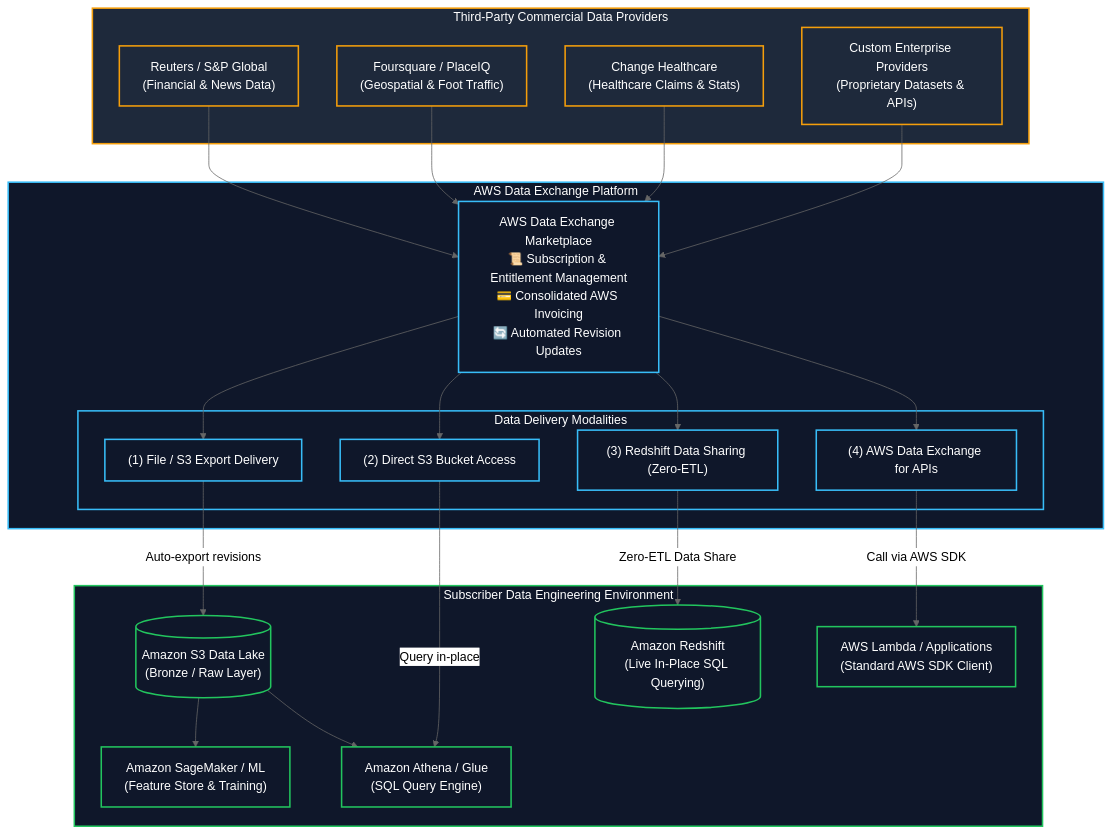
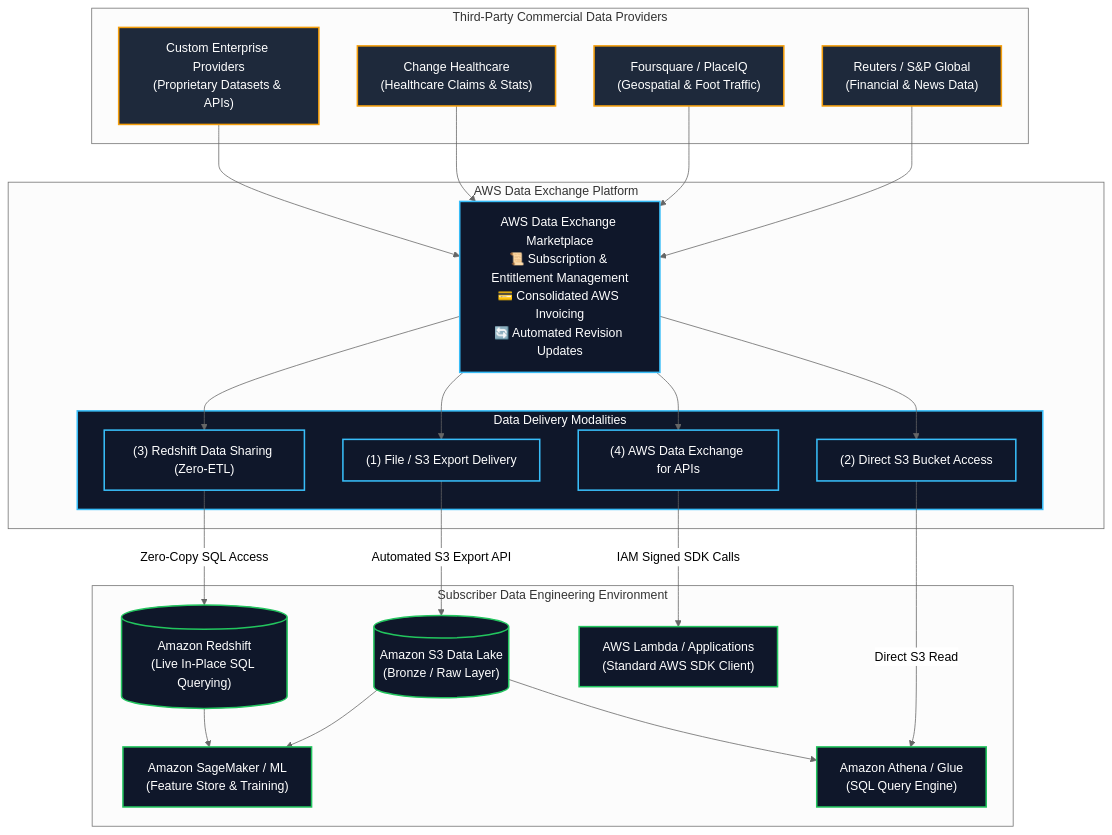
The first of 3 diagrams in content/mm/02-services/migration/data-exchange.md (Wathon/aws-dea-c01-note), drawn with Mermaid (neutral theme) before and after one commit. The commit also changed other lines of this file and 41 other files, not shown here.

````diff
--- a/content/mm/02-services/migration/data-exchange.md
+++ b/content/mm/02-services/migration/data-exchange.md
@@ -30,54 +37,55 @@
 ```mermaid
 graph TB
     subgraph DataProviders["Third-Party Commercial Data Providers"]
         Reuters["Reuters / S&P Global<br/>(Financial & News Data)"]
         Foursquare["Foursquare / PlaceIQ<br/>(Geospatial & Foot Traffic)"]
         Healthcare["Change Healthcare<br/>(Healthcare Claims & Stats)"]
         CustomProvider["Custom Enterprise Providers<br/>(Proprietary Datasets & APIs)"]
     end
 
     subgraph ADXHub["AWS Data Exchange Platform"]
         Marketplace["AWS Data Exchange Marketplace<br/>📜 Subscription & Entitlement Management<br/>💳 Consolidated AWS Invoicing<br/>🔄 Automated Revision Updates"]
         
         subgraph DeliveryModes["Data Delivery Modalities"]
             ModeS3["(1) File / S3 Export Delivery"]
             ModeDirectS3["(2) Direct S3 Bucket Access"]
             ModeRedshift["(3) Redshift Data Sharing (Zero-ETL)"]
             ModeAPI["(4) AWS Data Exchange for APIs"]
         end
     end
 
     subgraph AWSDataConsumers["Subscriber Data Engineering Environment"]
         S3Bucket[("Amazon S3 Data Lake<br/>(Bronze / Raw Layer)")]
         RedshiftDW[("Amazon Redshift<br/>(Live In-Place SQL Querying)")]
         APICaller["AWS Lambda / Applications<br/>(Standard AWS SDK Client)"]
         SageMaker["Amazon SageMaker / ML<br/>(Feature Store & Training)"]
         AthenaQuery["Amazon Athena / Glue<br/>(SQL Query Engine)"]
     end
 
     Reuters --> Marketplace
     Foursquare --> Marketplace
     Healthcare --> Marketplace
     CustomProvider --> Marketplace
 
     Marketplace --> ModeS3
     Marketplace --> ModeDirectS3
     Marketplace --> ModeRedshift
     Marketplace --> ModeAPI
 
-    ModeS3 -->|"Auto-export revisions"| S3Bucket
-    ModeDirectS3 -->|"Query in-place"| AthenaQuery
-    ModeRedshift -->|"Zero-ETL Data Share"| RedshiftDW
-    ModeAPI -->|"Call via AWS SDK"| APICaller
+    ModeS3 -->|"Automated S3 Export API"| S3Bucket
+    ModeDirectS3 -->|"Direct S3 Read"| AthenaQuery
+    ModeRedshift -->|"Zero-Copy SQL Access"| RedshiftDW
+    ModeAPI -->|"IAM Signed SDK Calls"| APICaller
 
+    S3Bucket --> AthenaQuery
     S3Bucket --> SageMaker
-    S3Bucket --> AthenaQuery
+    RedshiftDW --> SageMaker
 
     classDef prov fill:#1e293b,stroke:#f59e0b,stroke-width:2px,color:#fff;
     classDef adx fill:#0f172a,stroke:#38bdf8,stroke-width:2px,color:#fff;
     classDef dest fill:#0f172a,stroke:#22c55e,stroke-width:2px,color:#fff;
 
-    class DataProviders,Reuters,Foursquare,Healthcare,CustomProvider prov;
-    class ADXHub,Marketplace,DeliveryModes,ModeS3,ModeDirectS3,ModeRedshift,ModeAPI adx;
-    class AWSDataConsumers,S3Bucket,RedshiftDW,APICaller,SageMaker,AthenaQuery dest;
+    class Reuters,Foursquare,Healthcare,CustomProvider prov;
+    class Marketplace,DeliveryModes,ModeS3,ModeDirectS3,ModeRedshift,ModeAPI adx;
+    class S3Bucket,RedshiftDW,APICaller,SageMaker,AthenaQuery dest;
 ```
````
